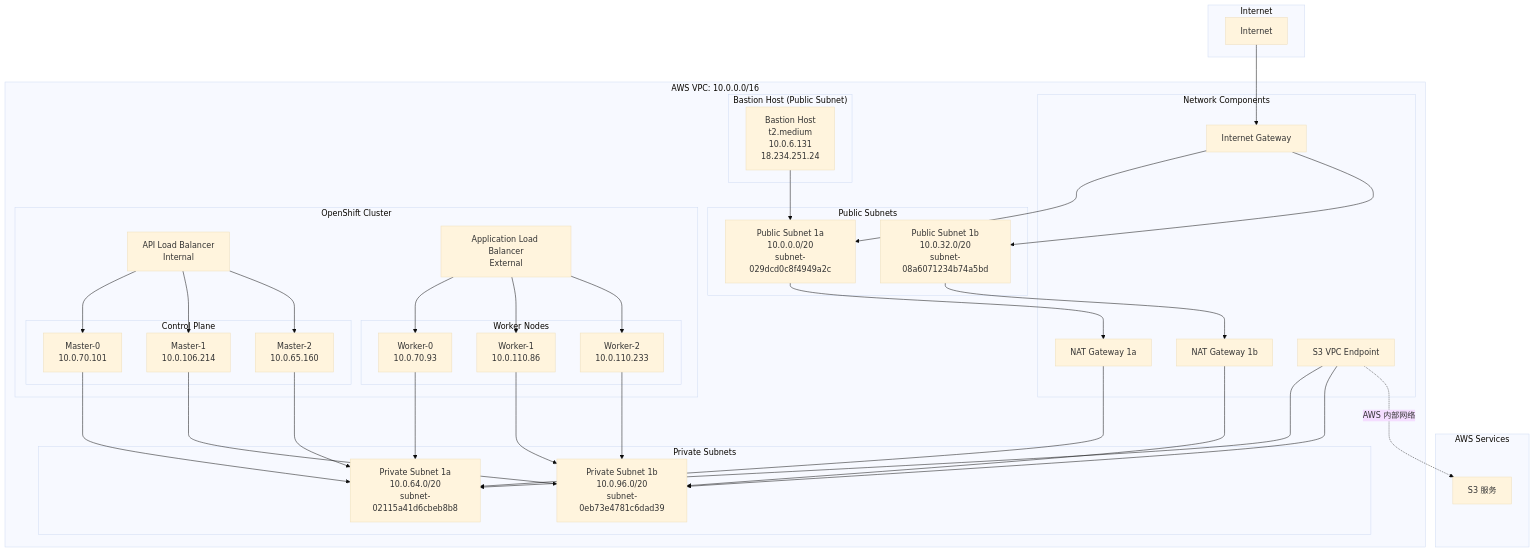
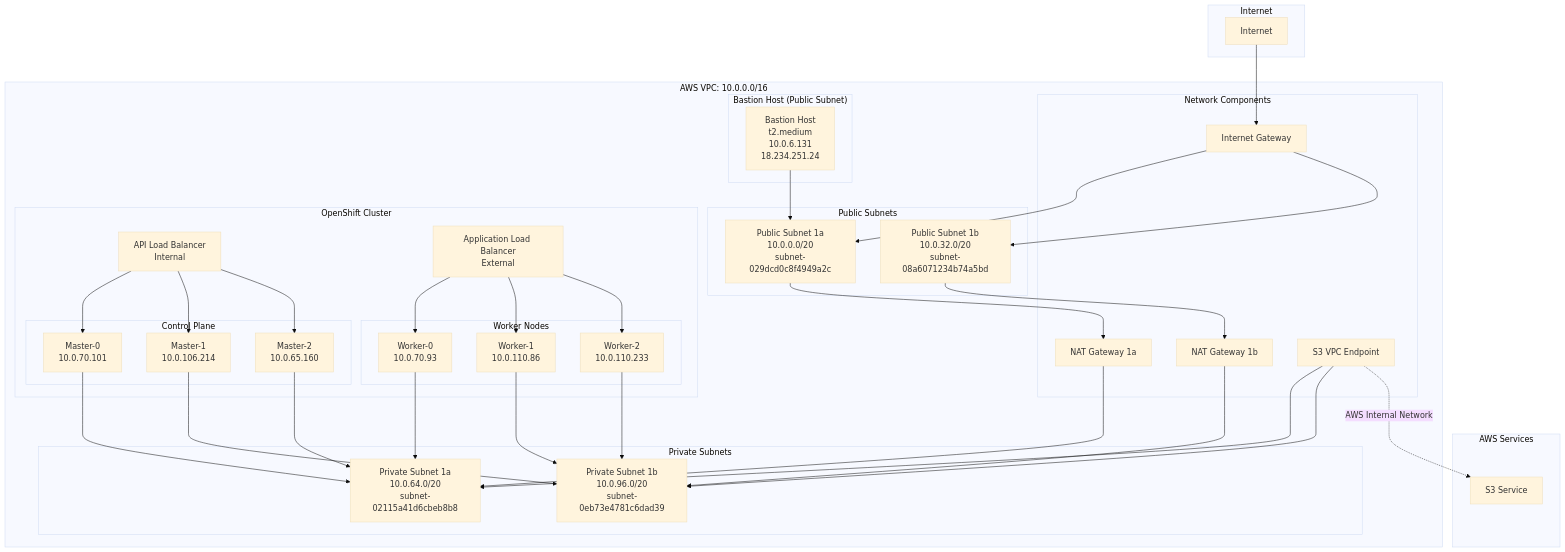
The first of 2 diagrams in tools/openshift-private-cluster-deployment-guide.md (liweinan/my-openshift-workspace), drawn with Mermaid (base theme) before and after one commit. The commit also changed other lines of this file and 9 other files, not shown here.

````diff
--- a/tools/openshift-private-cluster-deployment-guide.md
+++ b/tools/openshift-private-cluster-deployment-guide.md
@@ -15,7 +15,7 @@
     end
     
     subgraph "AWS Services"
-        S3[S3 服务]
+        S3[S3 Service]
     end
     
     subgraph "AWS VPC: 10.0.0.0/16"
@@ -58,7 +58,7 @@
         end
     end
     
-    %% 连接关系
+    %% Connections
     INTERNET --> IGW
     IGW --> PUB_SUBNET_1A
     IGW --> PUB_SUBNET_1B
@@ -90,6 +90,6 @@
     S3_ENDPOINT --> PRIV_SUBNET_1A
     S3_ENDPOINT --> PRIV_SUBNET_1B
     
-    %% S3 VPC Endpoint 连接
-    S3_ENDPOINT -.->|AWS 内部网络| S3[S3 服务]
+    %% S3 VPC Endpoint Connection
+    S3_ENDPOINT -.->|AWS Internal Network| S3[S3 Service]
 ```
````
